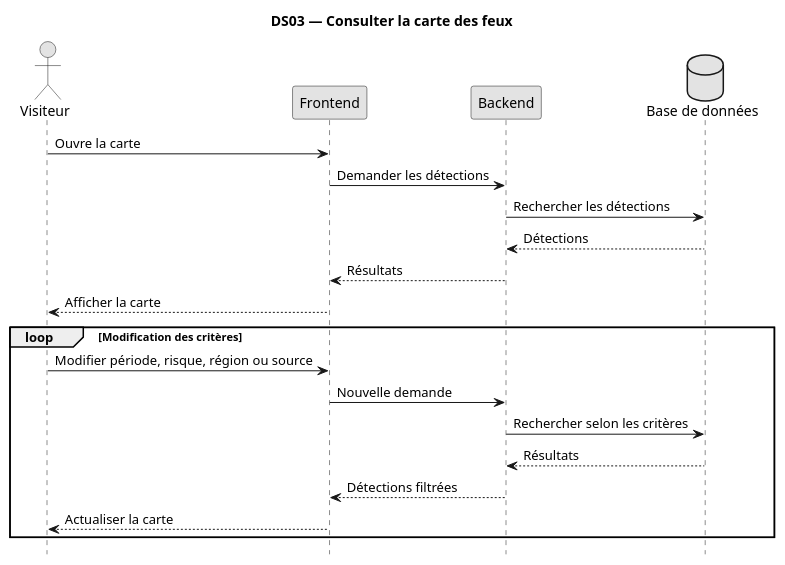
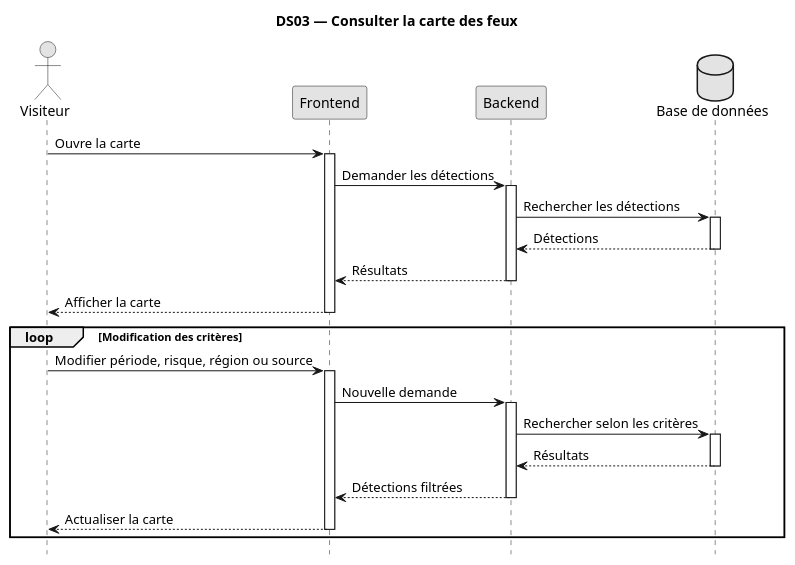
Before and after one commit to TkAbeleon/NoteAcemiqueProjetSoutenanceL3: the diagram in UML_JeryMotro/DS03_Consulter_carte_des_feux.plantuml, drawn with PlantUML. The commit also changed 17 other files, not shown here.

Commit message:
style(DS): standardiser les activations UML

```diff
--- a/UML_JeryMotro/DS03_Consulter_carte_des_feux.plantuml
+++ b/UML_JeryMotro/DS03_Consulter_carte_des_feux.plantuml
@@ -1,29 +1,41 @@
 @startuml
 skinparam monochrome true
 
 title DS03 — Consulter la carte des feux
 hide footbox
 skinparam shadowing false
 
 actor "Visiteur" as V
 participant "Frontend" as F
 participant "Backend" as B
 database "Base de données" as DB
 
 V -> F : Ouvre la carte
+activate F
 F -> B : Demander les détections
+activate B
 B -> DB : Rechercher les détections
+activate DB
 DB --> B : Détections
+deactivate DB
 B --> F : Résultats
+deactivate B
 F --> V : Afficher la carte
+deactivate F
 
 loop Modification des critères
     V -> F : Modifier période, risque, région ou source
+    activate F
     F -> B : Nouvelle demande
+    activate B
     B -> DB : Rechercher selon les critères
+    activate DB
     DB --> B : Résultats
+    deactivate DB
     B --> F : Détections filtrées
+    deactivate B
     F --> V : Actualiser la carte
+    deactivate F
 end
 
 @enduml
```
